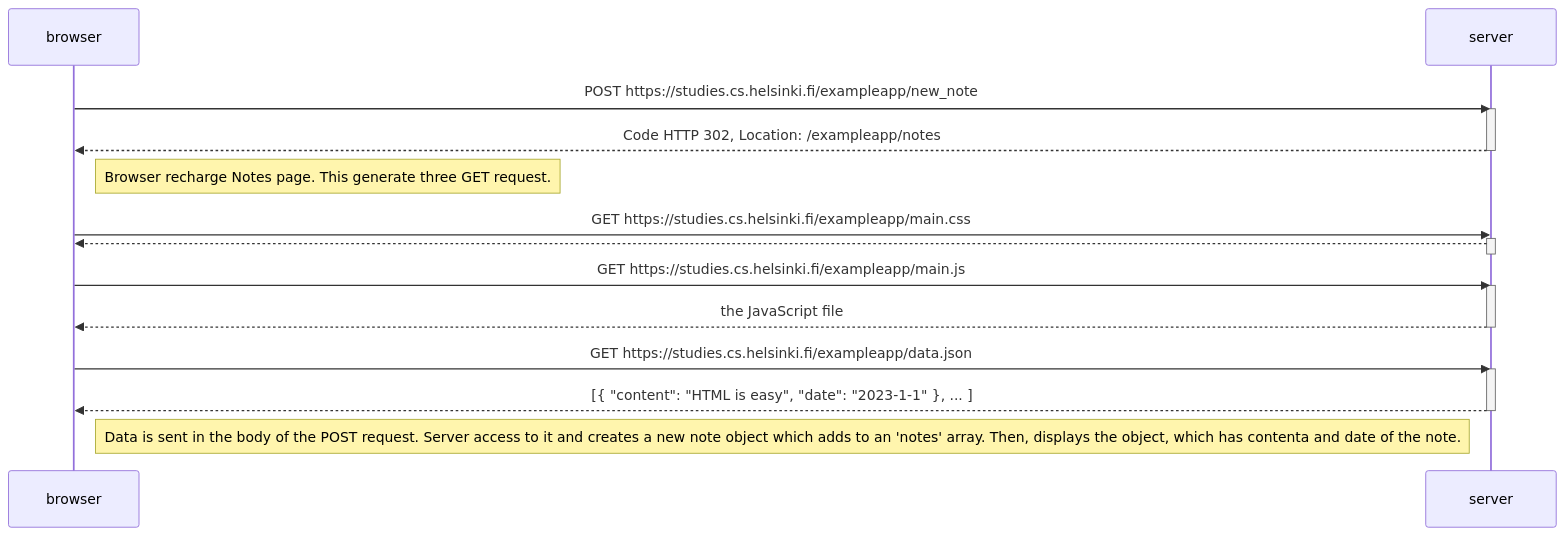
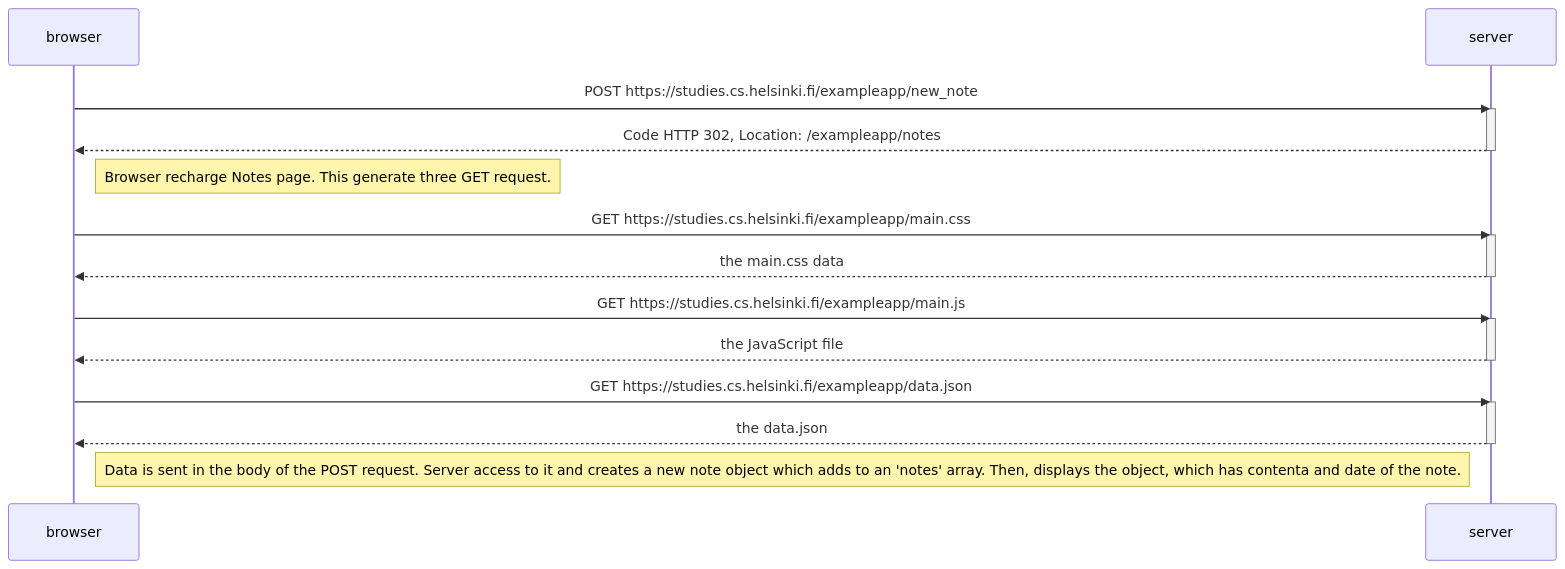
Before and after one commit to BenjaaCode/FullStackOpenCourse: the diagram in 0.4: Nuevo diagrama de nota.md, drawn with Mermaid.

Commit message:
Update 0.4: Nuevo diagrama de nota.md

````diff
--- a/0.4: Nuevo diagrama de nota.md
+++ b/0.4: Nuevo diagrama de nota.md
@@ -1,29 +1,29 @@
 ```mermaid
 sequenceDiagram
     participant browser
     participant server
 
     browser->>server: POST https://studies.cs.helsinki.fi/exampleapp/new_note
     activate server
     server-->>browser: Code HTTP 302, Location: /exampleapp/notes
     deactivate server
 
     Note right of browser: Browser recharge Notes page. This generate three GET request.
 
     browser->>server: GET https://studies.cs.helsinki.fi/exampleapp/main.css
     activate server
-    server-->>browser: 
+    server-->>browser:  the main.css data
     deactivate server
 
     browser->>server: GET https://studies.cs.helsinki.fi/exampleapp/main.js
     activate server
     server-->>browser: the JavaScript file
     deactivate server
     
     browser->>server: GET https://studies.cs.helsinki.fi/exampleapp/data.json
     activate server
-    server-->>browser: [{ "content": "HTML is easy", "date": "2023-1-1" }, ... ]
+    server-->>browser: the data.json
     deactivate server
 
     Note right of browser: Data is sent in the body of the POST request. Server access to it and creates a new note object which adds to an 'notes' array. Then, displays the object, which has contenta and date of the note.
 ```
````
